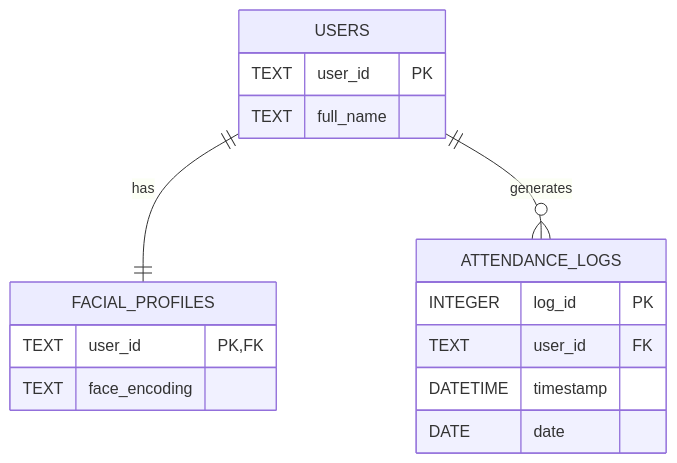
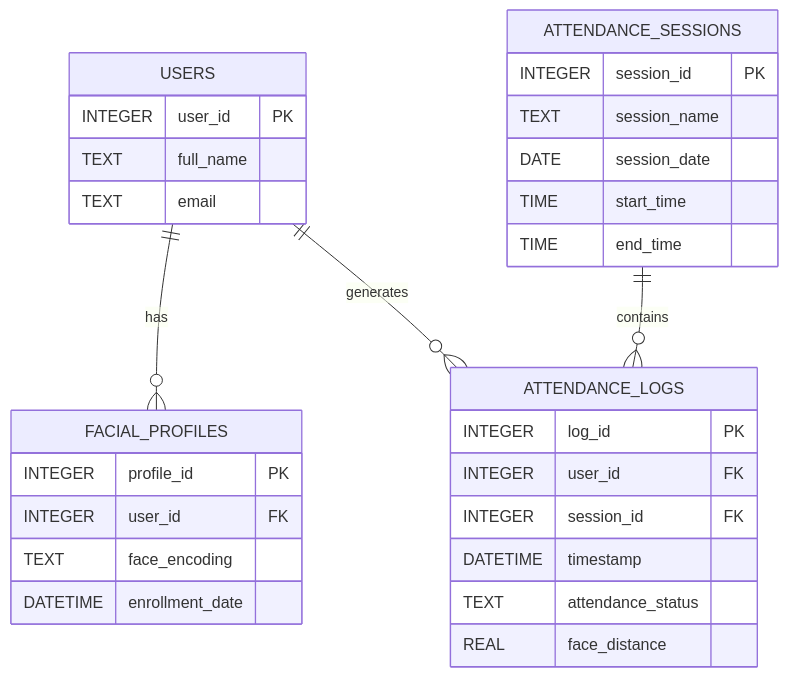
One commit to Mohamad-101/Secure-Attendance-System-Using-Facial-Recognition changed the third of 3 diagrams in docs/PHASE_1_DOCUMENTATION.md. Above: the diagram before and after it, drawn with Mermaid. The commit also changed other lines of this file, not shown here.

First line of the commit message:
Revise Phase 1 documentation for attendance system

````diff
--- a/docs/PHASE_1_DOCUMENTATION.md
+++ b/docs/PHASE_1_DOCUMENTATION.md
@@ -140,21 +207,36 @@
 ```mermaid
 erDiagram
     USERS {
-        TEXT user_id PK
+        INTEGER user_id PK
         TEXT full_name
+        TEXT email
     }
+
     FACIAL_PROFILES {
-        TEXT user_id PK, FK
+        INTEGER profile_id PK
+        INTEGER user_id FK
         TEXT face_encoding
+        DATETIME enrollment_date
     }
+
+    ATTENDANCE_SESSIONS {
+        INTEGER session_id PK
+        TEXT session_name
+        DATE session_date
+        TIME start_time
+        TIME end_time
+    }
+
     ATTENDANCE_LOGS {
         INTEGER log_id PK
-        TEXT user_id FK
+        INTEGER user_id FK
+        INTEGER session_id FK
         DATETIME timestamp
-        DATE date
+        TEXT attendance_status
+        REAL face_distance
     }
 
-    USERS ||--|| FACIAL_PROFILES : "has"
-    USERS ||--o{ ATTENDANCE_LOGS : "generates"
-
+    USERS ||--o{ FACIAL_PROFILES : has
+    USERS ||--o{ ATTENDANCE_LOGS : generates
+    ATTENDANCE_SESSIONS ||--o{ ATTENDANCE_LOGS : contains
 ```
````
